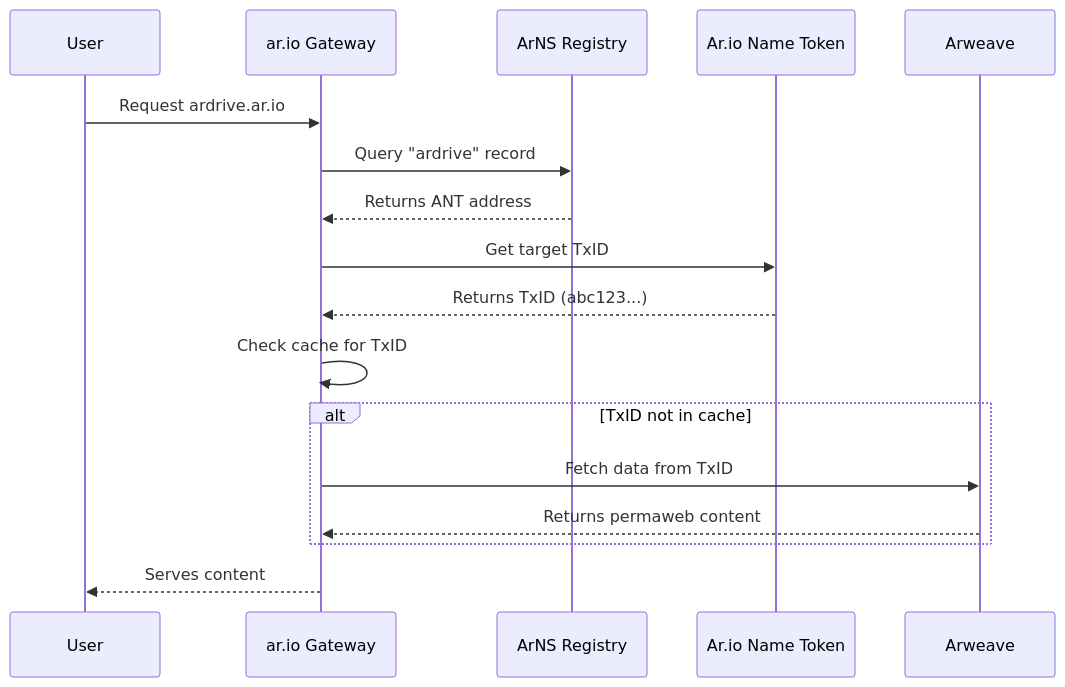
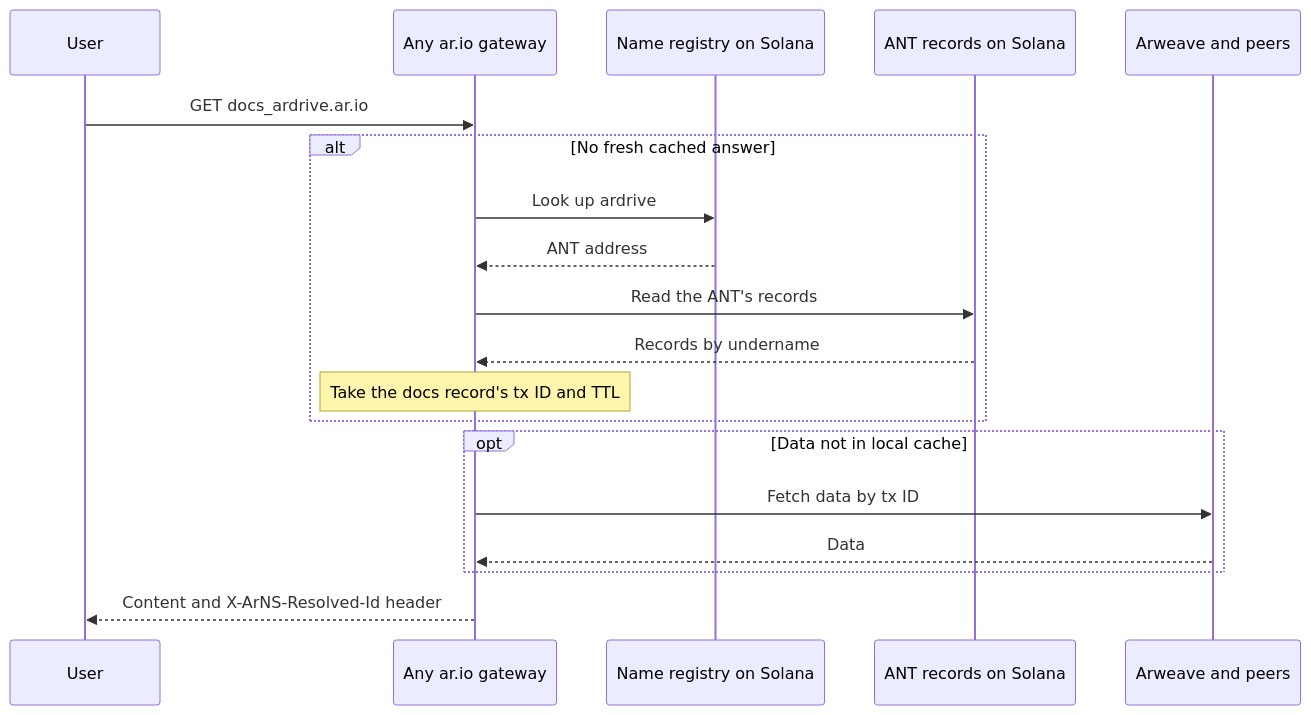
One commit to ar-io/docs changed the diagram in content/learn/arns/index.mdx. Above: the diagram before and after it, drawn with Mermaid. The commit also changed other lines of this file and 25 other files, not shown here.

````diff
--- a/content/learn/arns/index.mdx
+++ b/content/learn/arns/index.mdx
@@ -45,20 +27,25 @@
 ```mermaid
 sequenceDiagram
+    accTitle: A gateway reads the name and its ANT records from Solana, then serves the data
+    accDescr: A user requests docs_ardrive.ar.io from any gateway. If the gateway has no fresh cached answer, it looks up ardrive in the name registry on Solana to get the ANT address, then reads that ANT's records. It takes the transaction ID from the docs record and the TTL, which says how long it may cache the answer. It serves the data from its own cache, or fetches it from Arweave or other gateways first, and returns it with an X-ArNS-Resolved-Id header naming the transaction ID.
+
     participant User
-    participant Gateway as ar.io Gateway
-    participant Registry as ArNS Registry
-    participant ANT as Ar.io Name Token
-    participant Arweave
+    participant GW as Any ar.io gateway
+    participant REG as Name registry on Solana
+    participant ANT as ANT records on Solana
+    participant DATA as Arweave and peers
 
-    User->>Gateway: Request ardrive.ar.io
-    Gateway->>Registry: Query "ardrive" record
-    Registry-->>Gateway: Returns ANT address
-    Gateway->>ANT: Get target TxID
-    ANT-->>Gateway: Returns TxID (abc123...)
-    Gateway->>Gateway: Check cache for TxID
-    alt TxID not in cache
-        Gateway->>Arweave: Fetch data from TxID
-        Arweave-->>Gateway: Returns permaweb content
+    User->>GW: GET docs_ardrive.ar.io
+    alt No fresh cached answer
+        GW->>REG: Look up ardrive
+        REG-->>GW: ANT address
+        GW->>ANT: Read the ANT's records
+        ANT-->>GW: Records by undername
+        Note over GW: Take the docs record's tx ID and TTL
     end
-    Gateway-->>User: Serves content
+    opt Data not in local cache
+        GW->>DATA: Fetch data by tx ID
+        DATA-->>GW: Data
+    end
+    GW-->>User: Content and X-ArNS-Resolved-Id header
 ```
````
